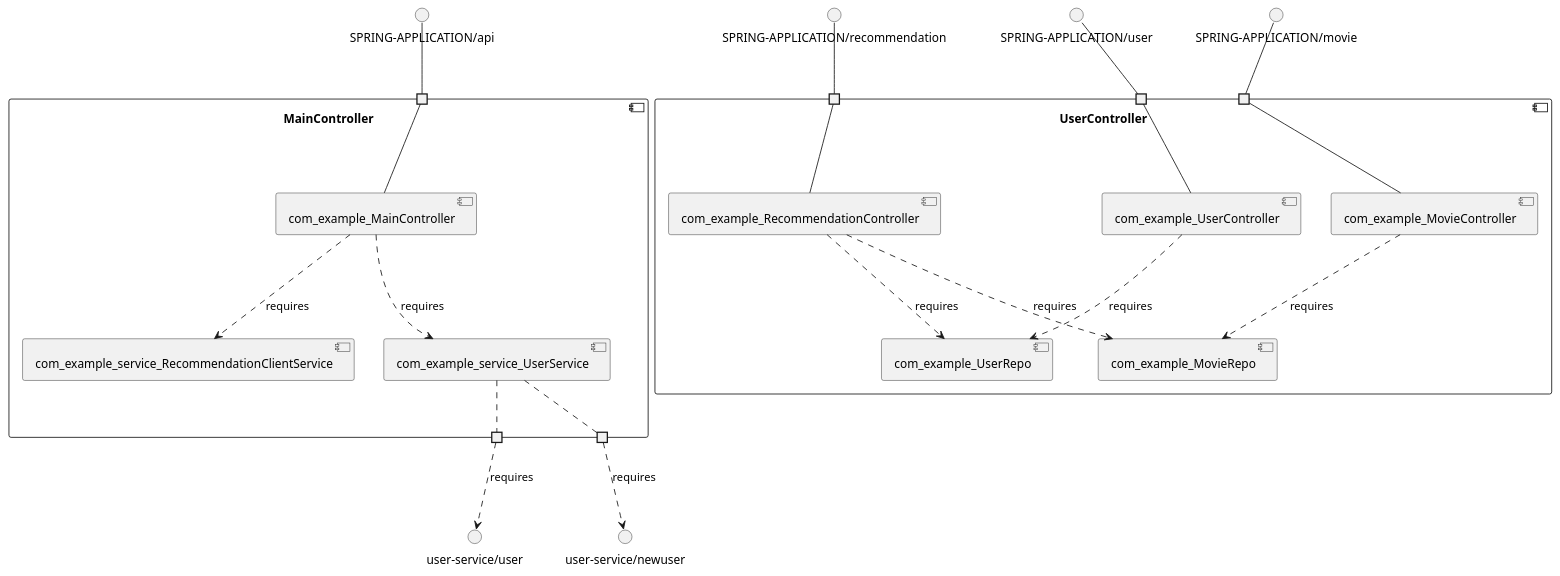
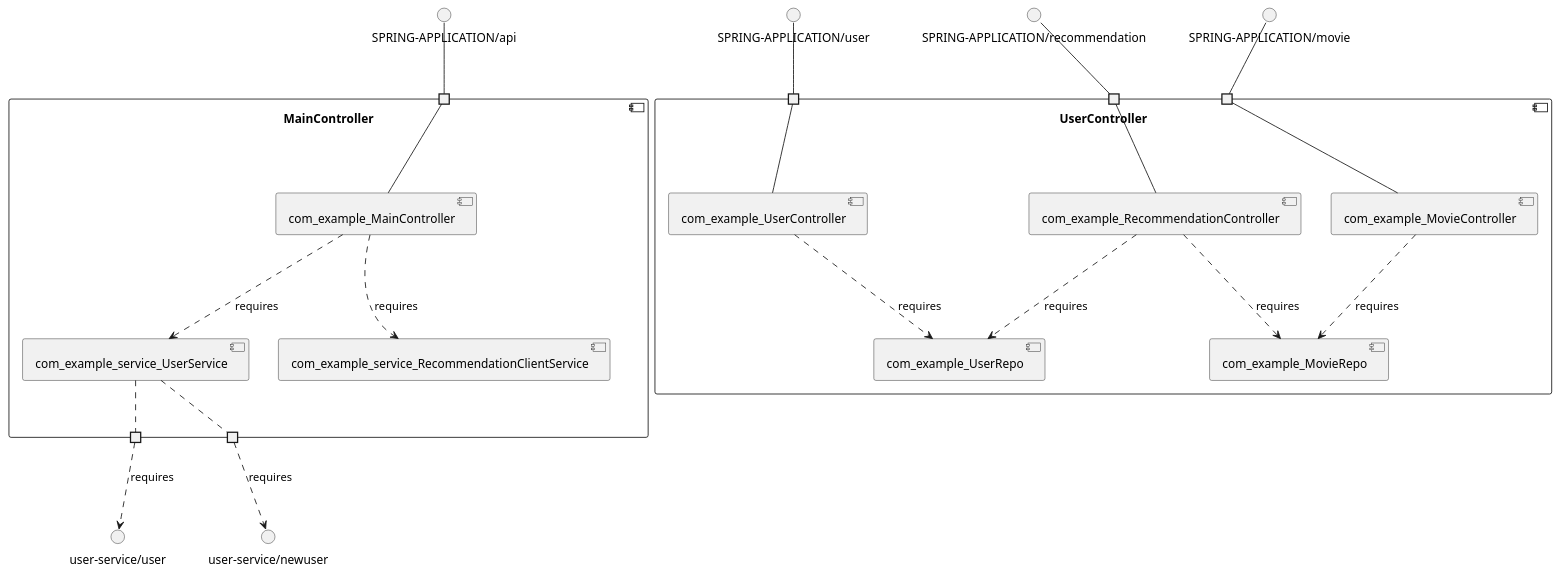
One commit to View-Based-Reverse-Engineering/Retriever-Benchmark changed the diagram in mdeket-spring-cloud-movie-recommendation/model_re/uml/componentDiagram.puml. Above: the diagram before and after it, drawn with PlantUML. The commit also changed other lines of this file and 220 other files, not shown here.

```diff
--- a/mdeket-spring-cloud-movie-recommendation/model_re/uml/componentDiagram.puml
+++ b/mdeket-spring-cloud-movie-recommendation/model_re/uml/componentDiagram.puml
@@ -1,46 +1,46 @@
 @startuml
 skinparam fixCircleLabelOverlapping true
 component "MainController\n\n\n\n\n\n" {
+[com_example_service_RecommendationClientService]
 [com_example_service_UserService]
 [com_example_MainController]
-[com_example_service_RecommendationClientService]
 portin " " as MainController.requires.SPRING_APPLICATION_api
 portout " " as MainController.provides.user_service_user
 portout " " as MainController.provides.user_service_newuser
+[com_example_MainController]..>[com_example_service_UserService] : requires
 [com_example_MainController]..>[com_example_service_RecommendationClientService] : requires
-[com_example_MainController]..>[com_example_service_UserService] : requires
 "MainController.requires.SPRING_APPLICATION_api"--[com_example_MainController]
 [com_example_service_UserService].."MainController.provides.user_service_newuser"
 [com_example_service_UserService].."MainController.provides.user_service_user"
 }
 interface "SPRING-APPLICATION/api" as interface.SPRING_APPLICATION_api
 interface.SPRING_APPLICATION_api--"MainController.requires.SPRING_APPLICATION_api"
 interface "user-service/newuser" as interface.user_service_newuser
 "MainController.provides.user_service_newuser"..>interface.user_service_newuser : requires
 interface "user-service/user" as interface.user_service_user
 "MainController.provides.user_service_user"..>interface.user_service_user : requires
 component "UserController\n\n\n\n\n\n" {
 [com_example_MovieRepo]
+[com_example_RecommendationController]
 [com_example_UserRepo]
-[com_example_RecommendationController]
+[com_example_UserController]
 [com_example_MovieController]
-[com_example_UserController]
+portin " " as UserController.requires.SPRING_APPLICATION_user
+portin " " as UserController.requires.SPRING_APPLICATION_movie
 portin " " as UserController.requires.SPRING_APPLICATION_recommendation
-portin " " as UserController.requires.SPRING_APPLICATION_movie
-portin " " as UserController.requires.SPRING_APPLICATION_user
 [com_example_RecommendationController]..>[com_example_MovieRepo] : requires
 [com_example_MovieController]..>[com_example_MovieRepo] : requires
 [com_example_RecommendationController]..>[com_example_UserRepo] : requires
 [com_example_UserController]..>[com_example_UserRepo] : requires
+"UserController.requires.SPRING_APPLICATION_user"--[com_example_UserController]
 "UserController.requires.SPRING_APPLICATION_recommendation"--[com_example_RecommendationController]
-"UserController.requires.SPRING_APPLICATION_user"--[com_example_UserController]
 "UserController.requires.SPRING_APPLICATION_movie"--[com_example_MovieController]
 }
+interface "SPRING-APPLICATION/user" as interface.SPRING_APPLICATION_user
+interface.SPRING_APPLICATION_user--"UserController.requires.SPRING_APPLICATION_user"
 interface "SPRING-APPLICATION/recommendation" as interface.SPRING_APPLICATION_recommendation
 interface.SPRING_APPLICATION_recommendation--"UserController.requires.SPRING_APPLICATION_recommendation"
-interface "SPRING-APPLICATION/user" as interface.SPRING_APPLICATION_user
-interface.SPRING_APPLICATION_user--"UserController.requires.SPRING_APPLICATION_user"
 interface "SPRING-APPLICATION/movie" as interface.SPRING_APPLICATION_movie
 interface.SPRING_APPLICATION_movie--"UserController.requires.SPRING_APPLICATION_movie"
 
 @enduml
```
